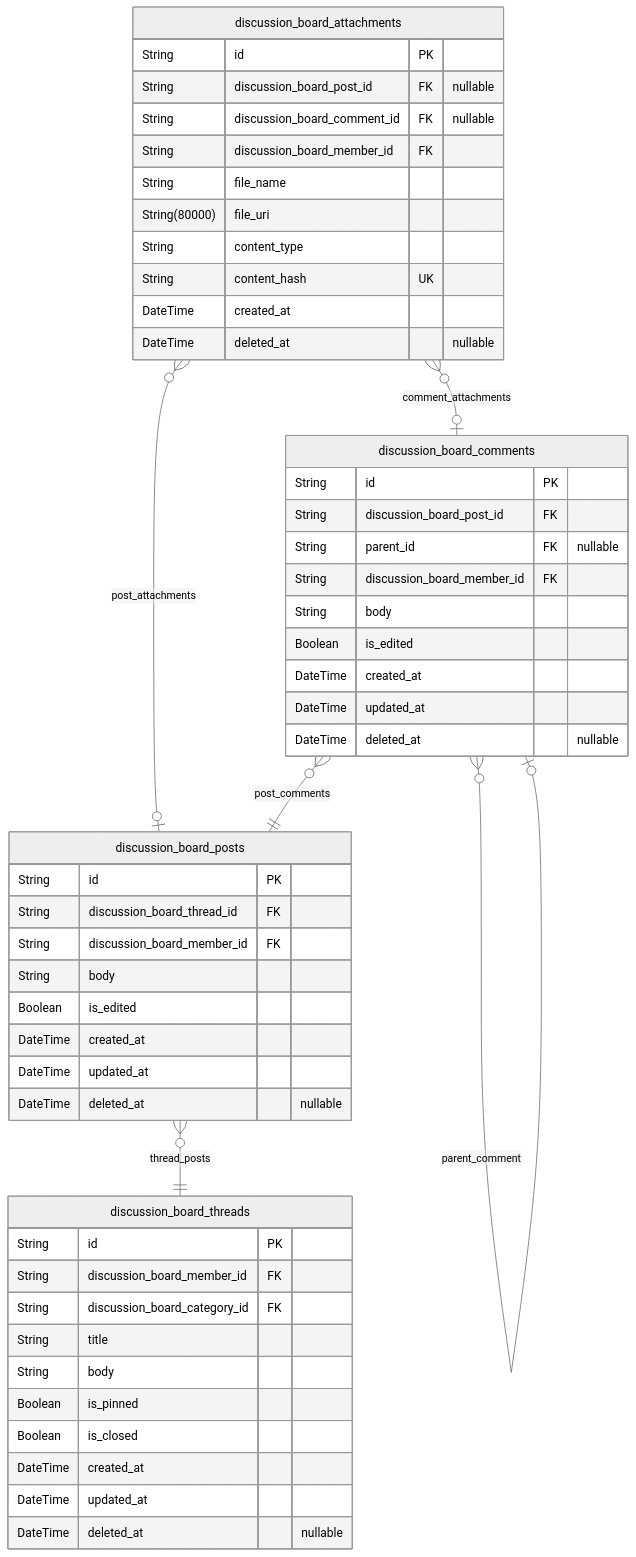
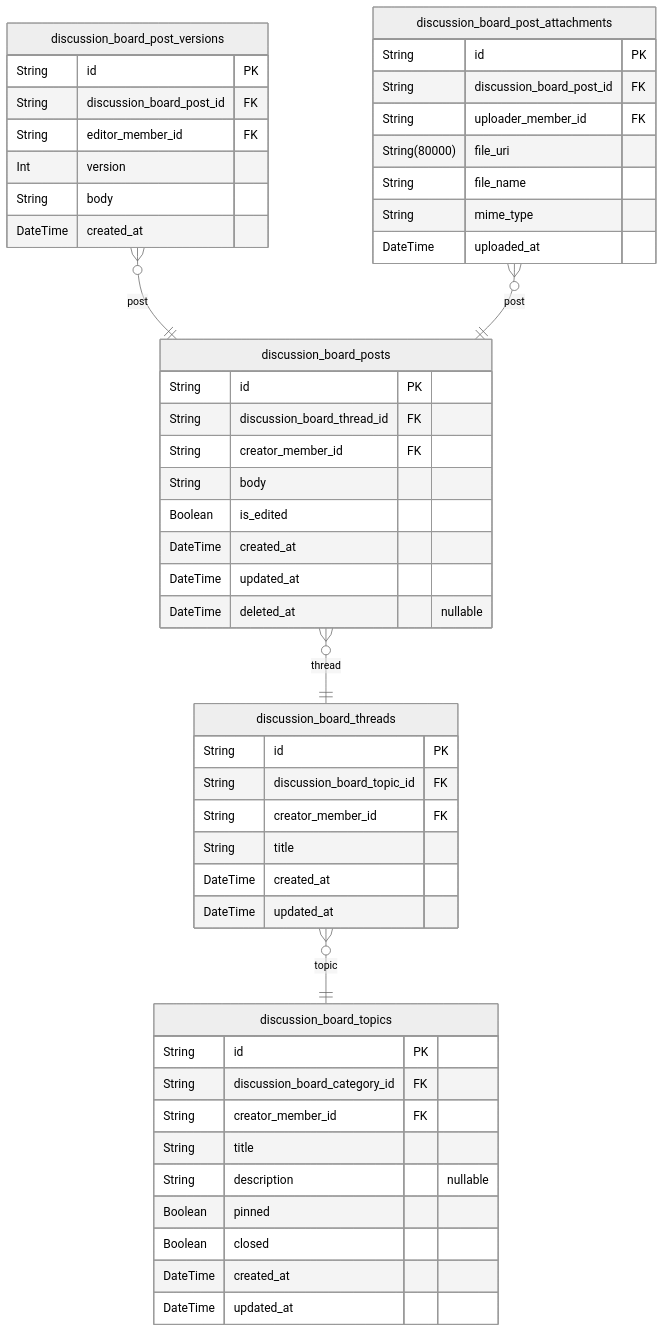
The third of 8 diagrams in docs/ERD.md (wrtnlabs/autobe-example-bbs-openai-gpt-4.1), drawn with Mermaid (neutral theme) before and after one commit. The commit also changed other lines of this file and 1035 other files, not shown here.

````diff
--- a/docs/ERD.md
+++ b/docs/ERD.md
@@ -184,53 +260,53 @@
 ```mermaid
 erDiagram
+"discussion_board_topics" {
+  String id PK
+  String discussion_board_category_id FK
+  String creator_member_id FK
+  String title
+  String description "nullable"
+  Boolean pinned
+  Boolean closed
+  DateTime created_at
+  DateTime updated_at
+}
 "discussion_board_threads" {
   String id PK
-  String discussion_board_member_id FK
-  String discussion_board_category_id FK
+  String discussion_board_topic_id FK
+  String creator_member_id FK
   String title
-  String body
-  Boolean is_pinned
-  Boolean is_closed
   DateTime created_at
   DateTime updated_at
-  DateTime deleted_at "nullable"
 }
 "discussion_board_posts" {
   String id PK
   String discussion_board_thread_id FK
-  String discussion_board_member_id FK
+  String creator_member_id FK
   String body
   Boolean is_edited
   DateTime created_at
   DateTime updated_at
   DateTime deleted_at "nullable"
 }
-"discussion_board_comments" {
+"discussion_board_post_versions" {
   String id PK
   String discussion_board_post_id FK
-  String parent_id FK "nullable"
-  String discussion_board_member_id FK
+  String editor_member_id FK
+  Int version
   String body
-  Boolean is_edited
   DateTime created_at
-  DateTime updated_at
-  DateTime deleted_at "nullable"
 }
-"discussion_board_attachments" {
+"discussion_board_post_attachments" {
   String id PK
-  String discussion_board_post_id FK "nullable"
-  String discussion_board_comment_id FK "nullable"
-  String discussion_board_member_id FK
+  String discussion_board_post_id FK
+  String uploader_member_id FK
+  String(80000) file_uri
   String file_name
-  String(80000) file_uri
-  String content_type
-  String content_hash UK
-  DateTime created_at
-  DateTime deleted_at "nullable"
+  String mime_type
+  DateTime uploaded_at
 }
-"discussion_board_posts" }o--|| "discussion_board_threads" : thread_posts
-"discussion_board_comments" }o--|| "discussion_board_posts" : post_comments
-"discussion_board_comments" }o--o| "discussion_board_comments" : parent_comment
-"discussion_board_attachments" }o--o| "discussion_board_posts" : post_attachments
-"discussion_board_attachments" }o--o| "discussion_board_comments" : comment_attachments
+"discussion_board_threads" }o--|| "discussion_board_topics" : topic
+"discussion_board_posts" }o--|| "discussion_board_threads" : thread
+"discussion_board_post_versions" }o--|| "discussion_board_posts" : post
+"discussion_board_post_attachments" }o--|| "discussion_board_posts" : post
 ```
````
